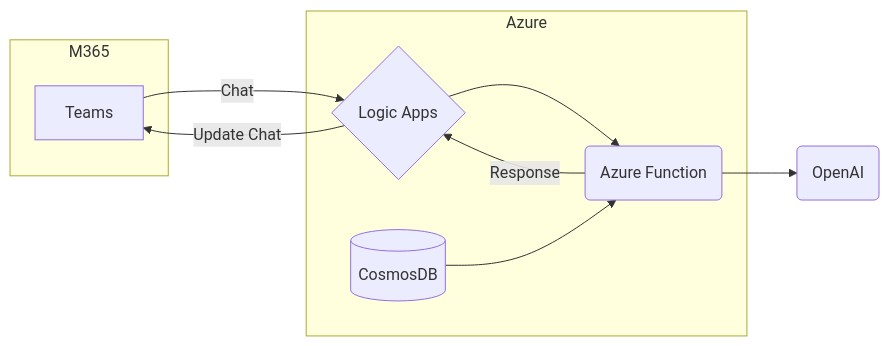
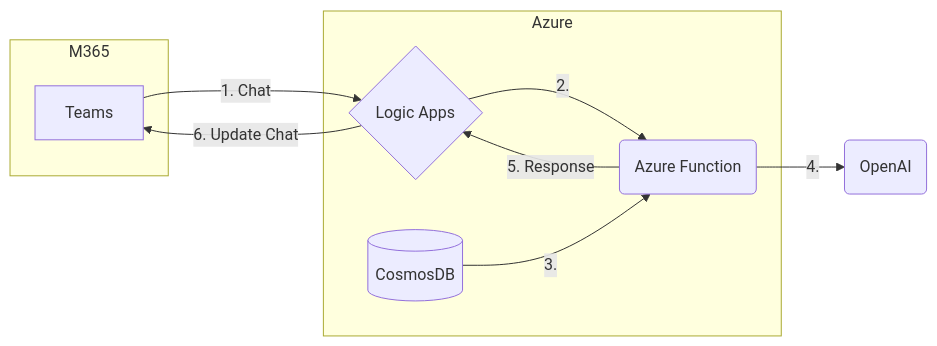
One commit to nagendramishr/mini-rag-quickstart changed the first of 3 diagrams in README.md. Above: the diagram before and after it, drawn with Mermaid.

````diff
--- a/README.md
+++ b/README.md
@@ -27,14 +27,14 @@
 ```mermaid
 graph LR
 subgraph M365
 A[Teams]
 end
 subgraph Azure
-A-- Chat --> B{Logic Apps}
-B --> C(Azure Function)
-D[(CosmosDB)] --> C
+A-- 1. Chat --> B{Logic Apps}
+B -- 2. --> C(Azure Function)
+D[(CosmosDB)] -- 3. --> C
 end
-C --> E(OpenAI)
-C -- Response --> B
-B -- Update Chat --> A 
+C -- 4. --> E(OpenAI)
+C -- 5. Response --> B
+B -- 6. Update Chat --> A 
 ```
````
